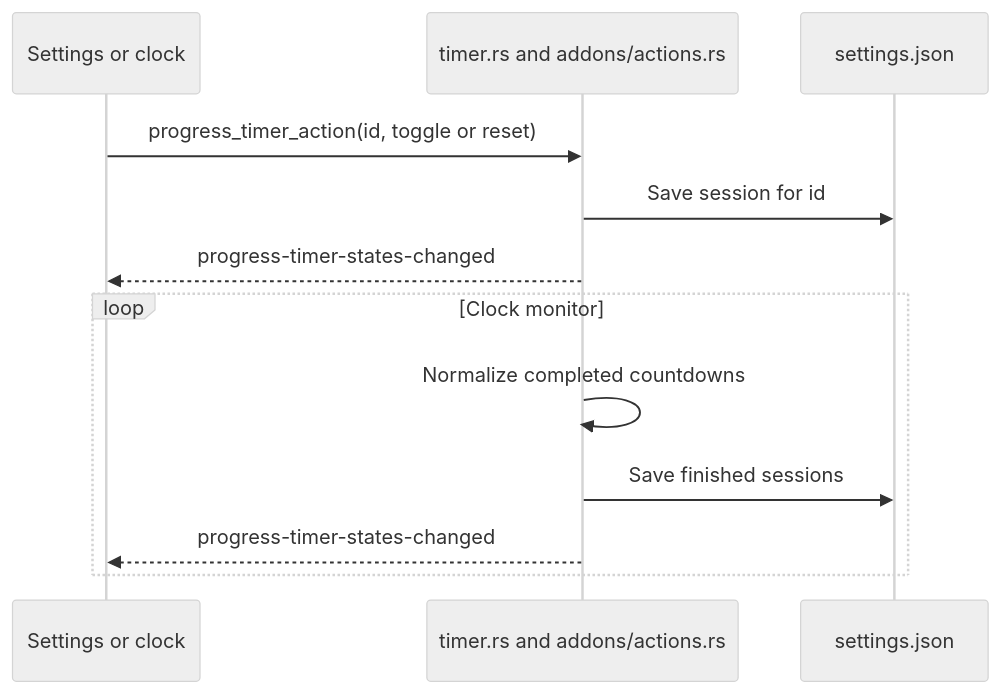
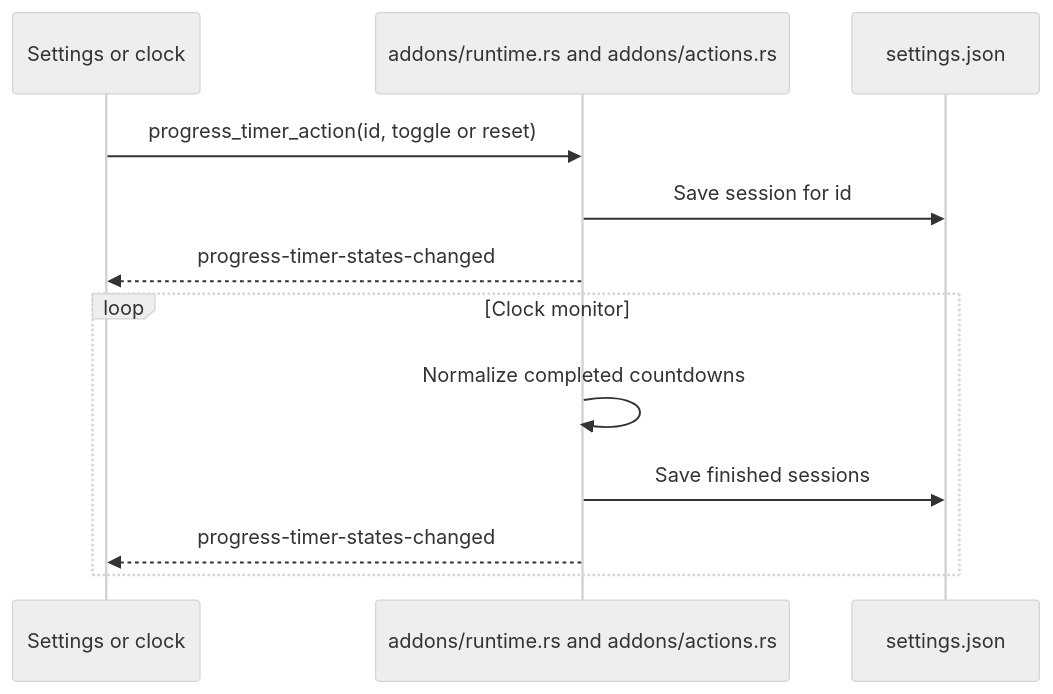
Before and after one commit to tbkmax/TopClock: the eighth of 15 diagrams in src-tauri/src/doc/workflow_diagram.md, drawn with Mermaid (neutral theme). The commit also changed other lines of this file and 81 other files, not shown here.

````diff
--- a/src-tauri/src/doc/workflow_diagram.md
+++ b/src-tauri/src/doc/workflow_diagram.md
@@ -168,14 +170,14 @@
 ```mermaid
 sequenceDiagram
     participant UI as Settings or clock
-    participant Rust as timer.rs and addons/actions.rs
+    participant Rust as addons/runtime.rs and addons/actions.rs
     participant File as settings.json
     UI->>Rust: progress_timer_action(id, toggle or reset)
     Rust->>File: Save session for id
     Rust-->>UI: progress-timer-states-changed
     loop Clock monitor
         Rust->>Rust: Normalize completed countdowns
         Rust->>File: Save finished sessions
         Rust-->>UI: progress-timer-states-changed
     end
 ```
````
